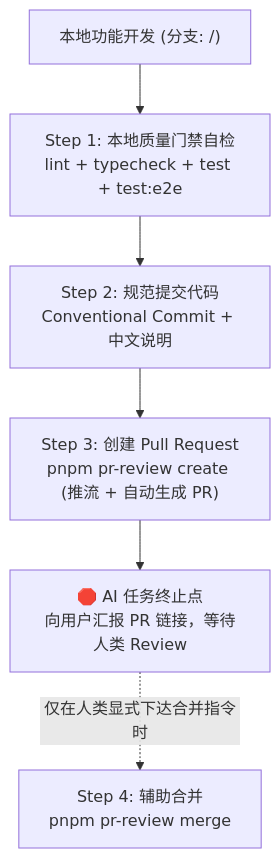
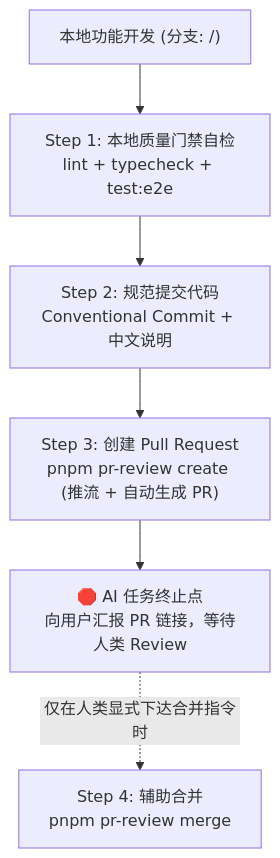
One commit to BanShan-Alec/Snapword changed the diagram in .github/CICD.md. Above: the diagram before and after it, drawn with Mermaid. The commit also changed other lines of this file and 336 other files, not shown here.

````diff
--- a/.github/CICD.md
+++ b/.github/CICD.md
@@ -24,8 +26,8 @@
 ```mermaid
 flowchart TD
-  A["本地功能开发 (分支: <type>/<topic>)"] --> B["Step 1: 本地质量门禁自检<br/>lint + typecheck + test + test:e2e"]
+  A["本地功能开发 (分支: <type>/<topic>)"] --> B["Step 1: 本地质量门禁自检<br/>lint + typecheck + test:e2e"]
   B --> C["Step 2: 规范提交代码<br/>Conventional Commit + 中文说明"]
   C --> D["Step 3: 创建 Pull Request<br/>pnpm pr-review create (推流 + 自动生成 PR)"]
   D --> E["🛑 AI 任务终止点<br/>向用户汇报 PR 链接，等待人类 Review"]
   E -.->|"仅在人类显式下达合并指令时"| F["Step 4: 辅助合并<br/>pnpm pr-review merge"]
 ```
````
